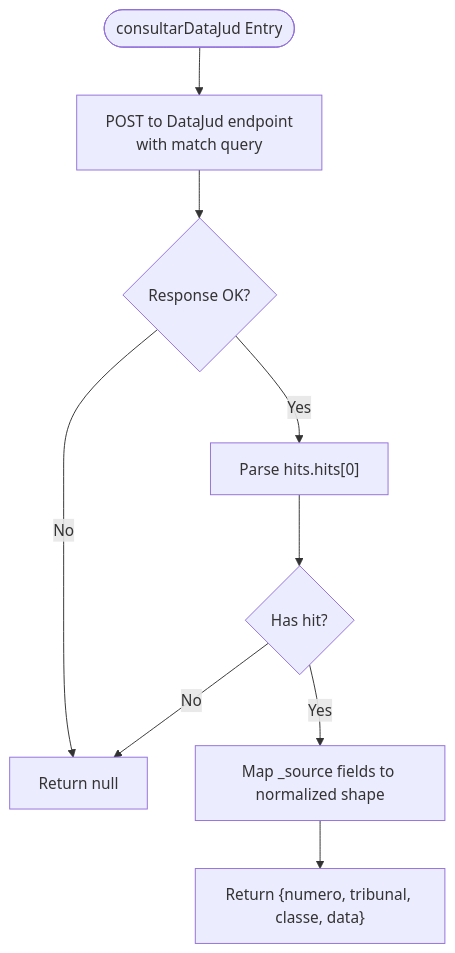
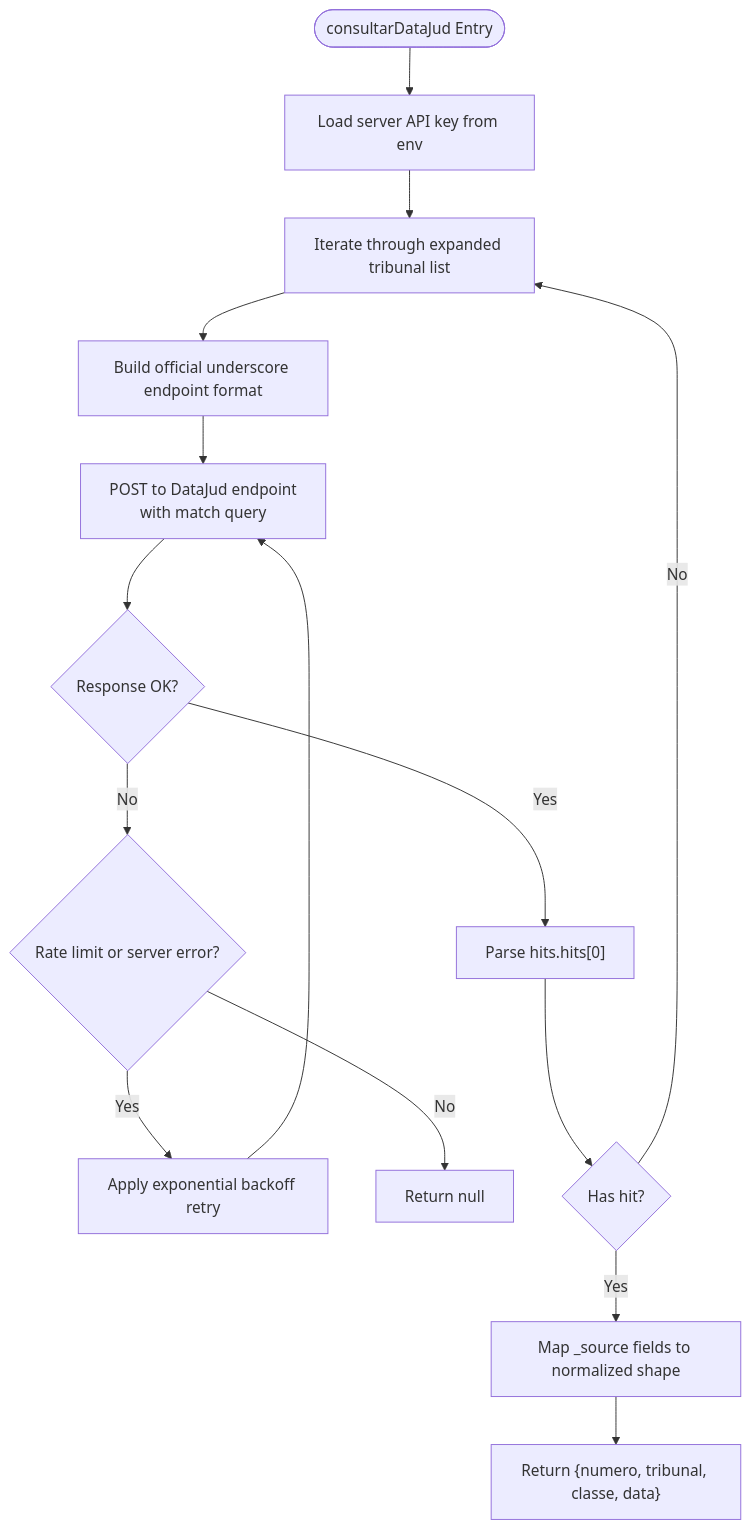
The third of 5 diagrams in .qoder/repowiki/en/content/API Integration Layer/DataJud Free Service Integration.md (Alexandrexicara/bot-processos), drawn with Mermaid before and after one commit. The commit also changed other lines of this file and 10 other files, not shown here.

````diff
--- a/.qoder/repowiki/en/content/API Integration Layer/DataJud Free Service Integration.md
+++ b/.qoder/repowiki/en/content/API Integration Layer/DataJud Free Service Integration.md
@@ -161,11 +196,17 @@
 ```mermaid
 flowchart TD
-Start(["consultarDataJud Entry"]) --> Post["POST to DataJud endpoint<br/>with match query"]
+Start(["consultarDataJud Entry"]) --> ServerKey["Load server API key from env"]
+ServerKey --> TribunalLoop["Iterate through expanded tribunal list"]
+TribunalLoop --> BuildURL["Build official underscore endpoint format"]
+BuildURL --> Post["POST to DataJud endpoint<br/>with match query"]
 Post --> Resp{"Response OK?"}
-Resp --> |No| ReturnNull["Return null"]
+Resp --> |No| RetryCheck{"Rate limit or server error?"}
+RetryCheck --> |Yes| Retry["Apply exponential backoff retry"]
+Retry --> Post
+RetryCheck --> |No| ReturnNull["Return null"]
 Resp --> |Yes| ParseHits["Parse hits.hits[0]"]
 ParseHits --> HasHit{"Has hit?"}
-HasHit --> |No| ReturnNull
+HasHit --> |No| TribunalLoop
 HasHit --> |Yes| MapFields["Map _source fields to normalized shape"]
 MapFields --> ReturnObj["Return {numero, tribunal, classe, data}"]
 ```
````
